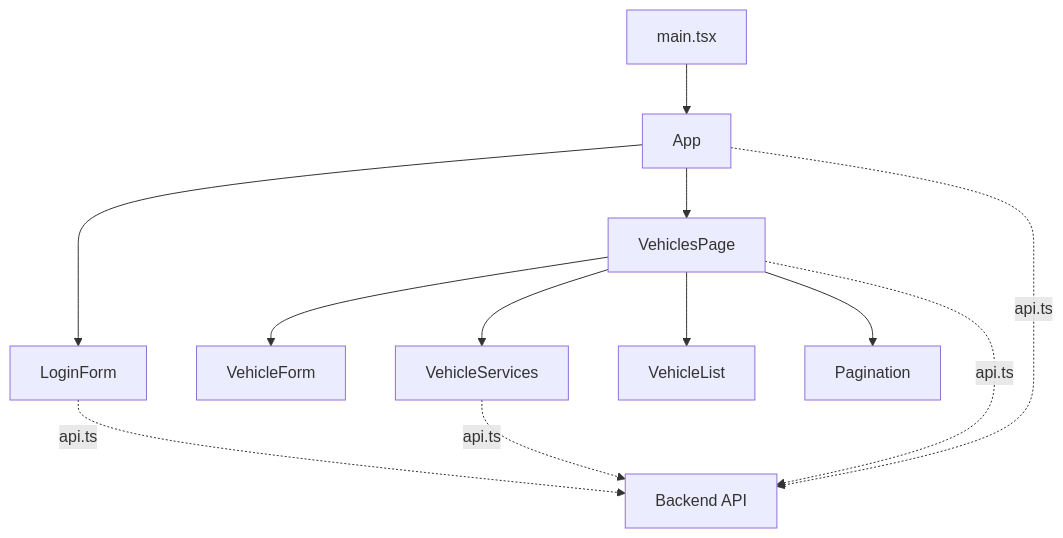
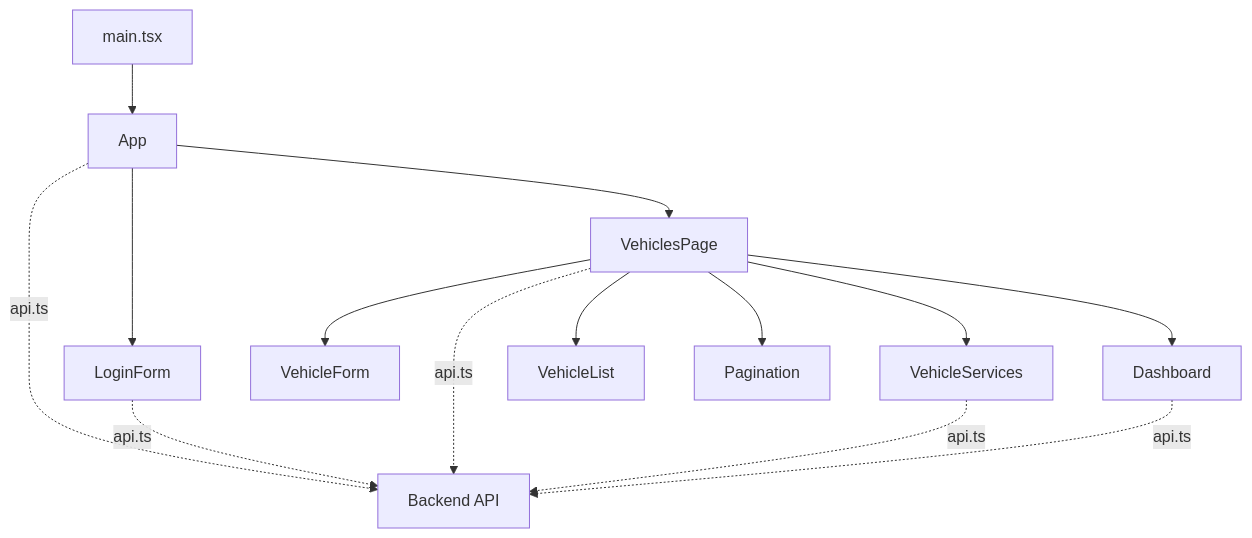
The diagram in frontend/README.md (Matus1232/car-fleet-), drawn with Mermaid before and after one commit. The commit also changed other lines of this file and 17 other files, not shown here.

````diff
--- a/frontend/README.md
+++ b/frontend/README.md
@@ -27,14 +30,16 @@
 ```mermaid
 flowchart TD
     main["main.tsx"] --> App
     App --> LoginForm
     App --> VehiclesPage
+    VehiclesPage --> Dashboard
     VehiclesPage --> VehicleForm
     VehiclesPage --> VehicleServices
     VehiclesPage --> VehicleList
     VehiclesPage --> Pagination
     App -. "api.ts" .-> API["Backend API"]
     LoginForm -. "api.ts" .-> API
     VehiclesPage -. "api.ts" .-> API
     VehicleServices -. "api.ts" .-> API
+    Dashboard -. "api.ts" .-> API
 ```
````
